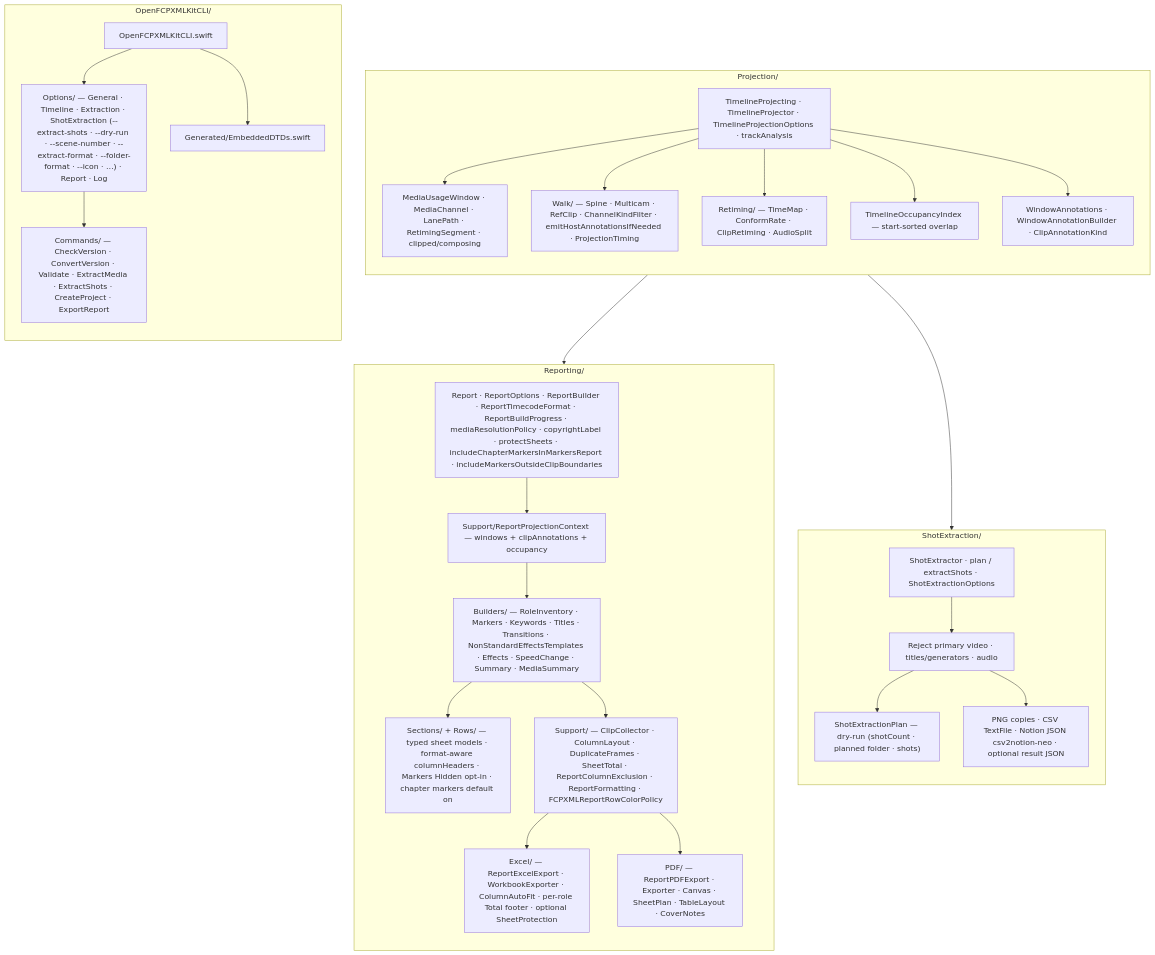
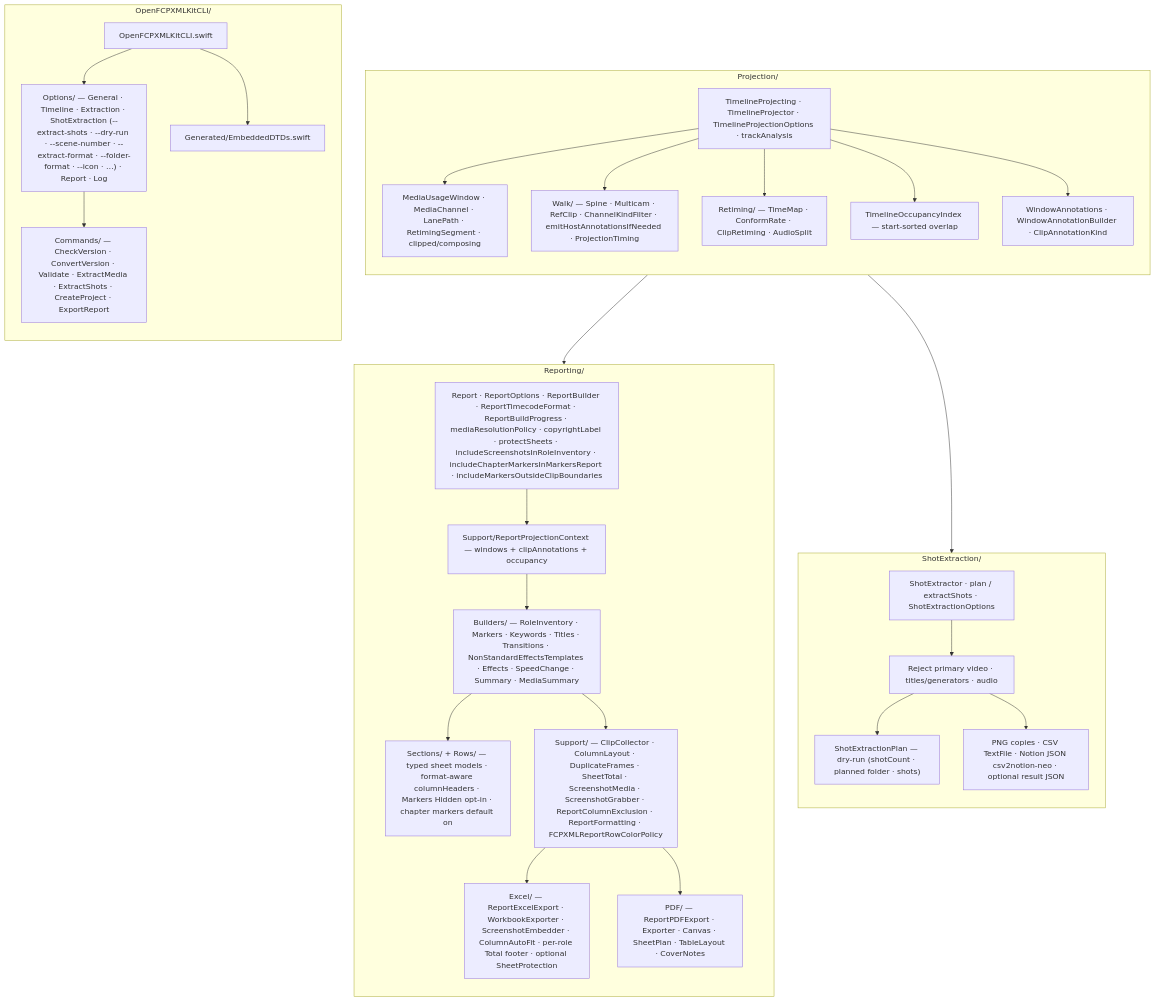
One commit to TheAcharya/OpenFCPXMLKit changed the fifth of 6 diagrams in ARCHITECTURE.md. Above: the diagram before and after it, drawn with Mermaid. The commit also changed other lines of this file and 16 other files, not shown here.

First line of the commit message:
Sync docs and agent guides for original-first Role Inventory screenshots

````diff
--- a/ARCHITECTURE.md
+++ b/ARCHITECTURE.md
@@ -326,56 +326,56 @@
 ```mermaid
 flowchart TB
     subgraph PRJ_DETAIL["Projection/"]
         direction TB
         P_API["TimelineProjecting · TimelineProjector · TimelineProjectionOptions · trackAnalysis"]
         P_WIN["MediaUsageWindow · MediaChannel · LanePath · RetimingSegment · clipped/composing"]
         P_WALK["Walk/ — Spine · Multicam · RefClip · ChannelKindFilter · emitHostAnnotationsIfNeeded · ProjectionTiming"]
         P_RET["Retiming/ — TimeMap · ConformRate · ClipRetiming · AudioSplit"]
         P_OCC["TimelineOccupancyIndex — start-sorted overlap"]
         P_ANN["WindowAnnotations · WindowAnnotationBuilder · ClipAnnotationKind"]
         P_API --> P_WIN
         P_API --> P_WALK
         P_API --> P_RET
         P_API --> P_OCC
         P_API --> P_ANN
     end
 
     subgraph REP_DETAIL["Reporting/"]
         direction TB
-        R_TOP["Report · ReportOptions · ReportBuilder · ReportTimecodeFormat · ReportBuildProgress · mediaResolutionPolicy · copyrightLabel · protectSheets · includeChapterMarkersInMarkersReport · includeMarkersOutsideClipBoundaries"]
+        R_TOP["Report · ReportOptions · ReportBuilder · ReportTimecodeFormat · ReportBuildProgress · mediaResolutionPolicy · copyrightLabel · protectSheets · includeScreenshotsInRoleInventory · includeChapterMarkersInMarkersReport · includeMarkersOutsideClipBoundaries"]
         R_CTX["Support/ReportProjectionContext — windows + clipAnnotations + occupancy"]
         R_BLD["Builders/ — RoleInventory · Markers · Keywords · Titles · Transitions · NonStandardEffectsTemplates · Effects · SpeedChange · Summary · MediaSummary"]
         R_SEC["Sections/ + Rows/ — typed sheet models · format-aware columnHeaders · Markers Hidden opt-in · chapter markers default on"]
-        R_SUP["Support/ — ClipCollector · ColumnLayout · DuplicateFrames · SheetTotal · ReportColumnExclusion · ReportFormatting · FCPXMLReportRowColorPolicy"]
-        R_XLS["Excel/ — ReportExcelExport · WorkbookExporter · ColumnAutoFit · per-role Total footer · optional SheetProtection"]
+        R_SUP["Support/ — ClipCollector · ColumnLayout · DuplicateFrames · SheetTotal · ScreenshotMedia · ScreenshotGrabber · ReportColumnExclusion · ReportFormatting · FCPXMLReportRowColorPolicy"]
+        R_XLS["Excel/ — ReportExcelExport · WorkbookExporter · ScreenshotEmbedder · ColumnAutoFit · per-role Total footer · optional SheetProtection"]
         R_PDF["PDF/ — ReportPDFExport · Exporter · Canvas · SheetPlan · TableLayout · CoverNotes"]
         R_TOP --> R_CTX --> R_BLD --> R_SEC
         R_BLD --> R_SUP
         R_SUP --> R_XLS
         R_SUP --> R_PDF
     end
 
     PRJ_DETAIL --> REP_DETAIL
     PRJ_DETAIL --> SHOT_DETAIL
 
     subgraph SHOT_DETAIL["ShotExtraction/"]
         direction TB
         S_API["ShotExtractor · plan / extractShots · ShotExtractionOptions"]
         S_PLAN["ShotExtractionPlan — dry-run (shotCount · planned folder · shots)"]
         S_VAL["Reject primary video · titles/generators · audio"]
         S_OUT["PNG copies · CSV TextFile · Notion JSON csv2notion-neo · optional result JSON"]
         S_API --> S_VAL
         S_VAL --> S_PLAN
         S_VAL --> S_OUT
     end
 
     subgraph CLI_DETAIL["OpenFCPXMLKitCLI/"]
         direction TB
         C_ROOT["OpenFCPXMLKitCLI.swift"]
         C_OPT["Options/ — General · Timeline · Extraction · ShotExtraction (--extract-shots · --dry-run · --scene-number · --extract-format · --folder-format · --icon · …) · Report · Log"]
         C_CMD["Commands/ — CheckVersion · ConvertVersion · Validate · ExtractMedia · ExtractShots · CreateProject · ExportReport"]
         C_GEN["Generated/EmbeddedDTDs.swift"]
         C_ROOT --> C_OPT --> C_CMD
         C_ROOT --> C_GEN
     end
 ```
````
